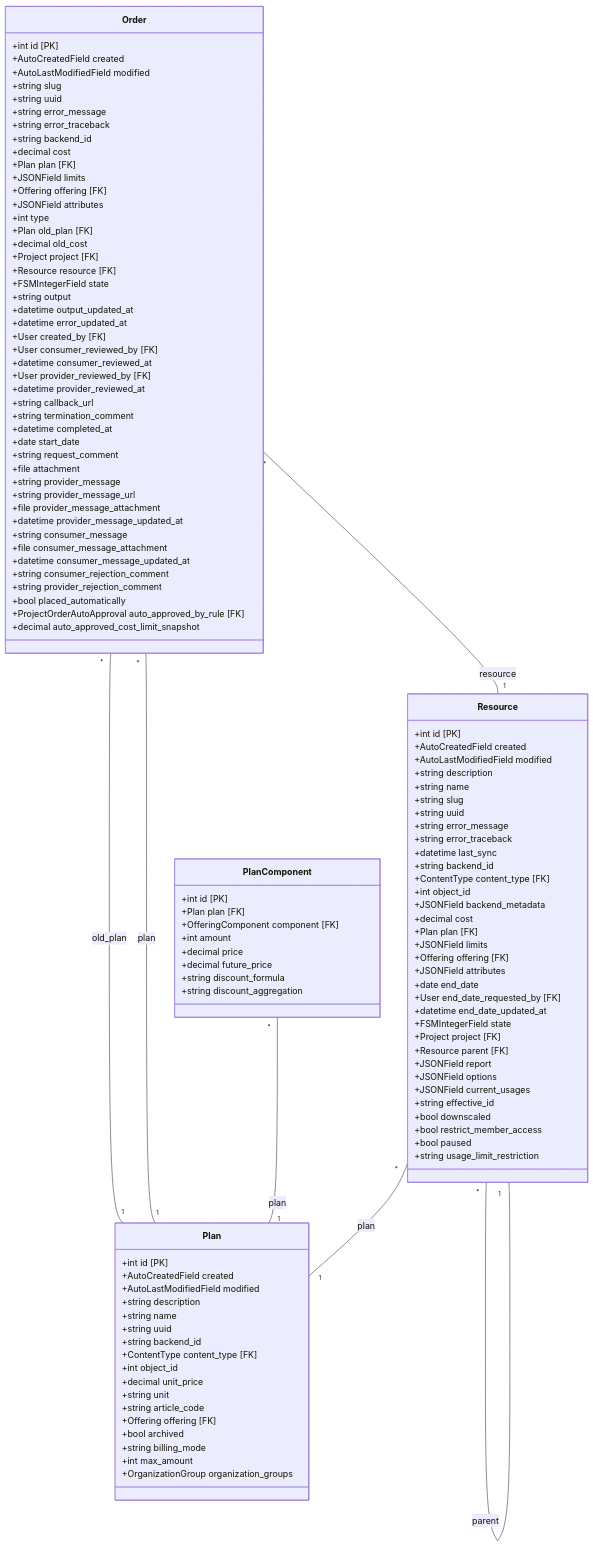
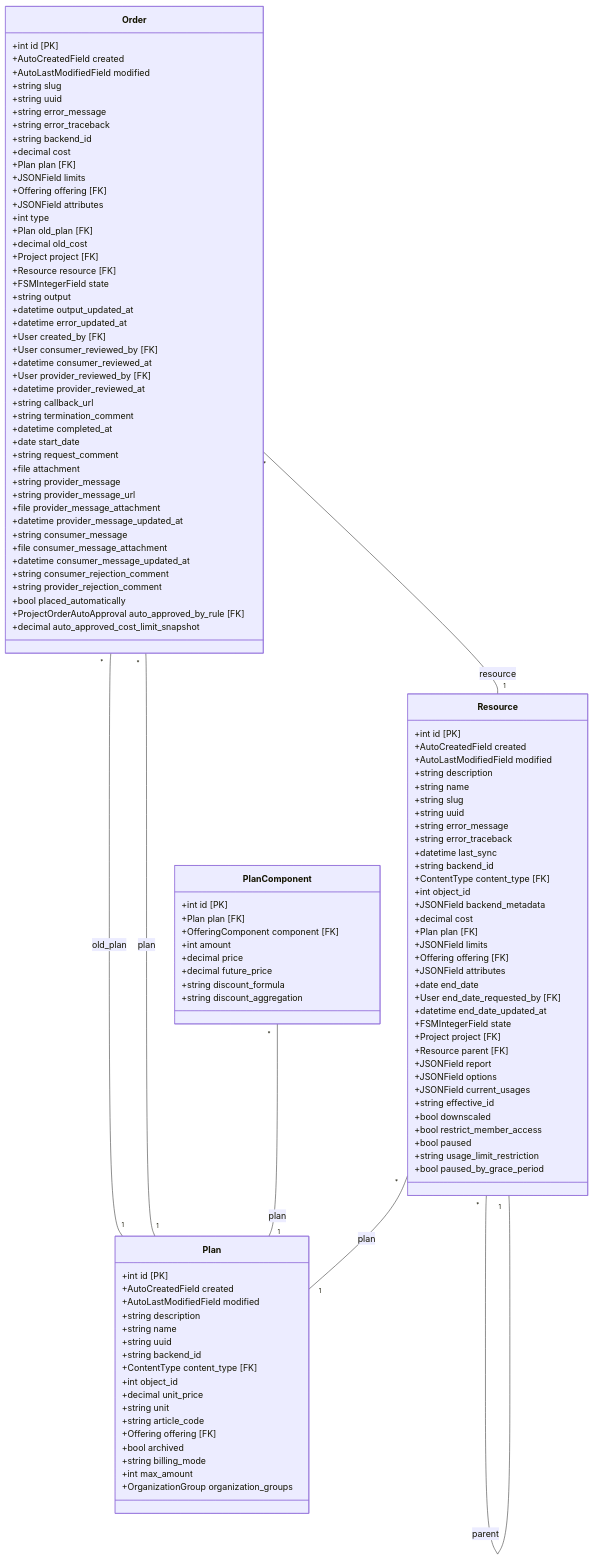
One commit to waldur/waldur-docs changed the diagram in docs/developer-guide/marketplace_provision.mmd. Above: the diagram before and after it, drawn with Mermaid. The commit also changed 45 other files, not shown here.

```diff
--- a/docs/developer-guide/marketplace_provision.mmd
+++ b/docs/developer-guide/marketplace_provision.mmd
@@ -1,119 +1,120 @@
 classDiagram
     direction TB
     class Plan {
         +int id [PK]
         +AutoCreatedField created
         +AutoLastModifiedField modified
         +string description
         +string name
         +string uuid
         +string backend_id
         +ContentType content_type [FK]
         +int object_id
         +decimal unit_price
         +string unit
         +string article_code
         +Offering offering [FK]
         +bool archived
         +string billing_mode
         +int max_amount
         +OrganizationGroup organization_groups
     }
     class PlanComponent {
         +int id [PK]
         +Plan plan [FK]
         +OfferingComponent component [FK]
         +int amount
         +decimal price
         +decimal future_price
         +string discount_formula
         +string discount_aggregation
     }
     class Resource {
         +int id [PK]
         +AutoCreatedField created
         +AutoLastModifiedField modified
         +string description
         +string name
         +string slug
         +string uuid
         +string error_message
         +string error_traceback
         +datetime last_sync
         +string backend_id
         +ContentType content_type [FK]
         +int object_id
         +JSONField backend_metadata
         +decimal cost
         +Plan plan [FK]
         +JSONField limits
         +Offering offering [FK]
         +JSONField attributes
         +date end_date
         +User end_date_requested_by [FK]
         +datetime end_date_updated_at
         +FSMIntegerField state
         +Project project [FK]
         +Resource parent [FK]
         +JSONField report
         +JSONField options
         +JSONField current_usages
         +string effective_id
         +bool downscaled
         +bool restrict_member_access
         +bool paused
         +string usage_limit_restriction
+        +bool paused_by_grace_period
     }
     class Order {
         +int id [PK]
         +AutoCreatedField created
         +AutoLastModifiedField modified
         +string slug
         +string uuid
         +string error_message
         +string error_traceback
         +string backend_id
         +decimal cost
         +Plan plan [FK]
         +JSONField limits
         +Offering offering [FK]
         +JSONField attributes
         +int type
         +Plan old_plan [FK]
         +decimal old_cost
         +Project project [FK]
         +Resource resource [FK]
         +FSMIntegerField state
         +string output
         +datetime output_updated_at
         +datetime error_updated_at
         +User created_by [FK]
         +User consumer_reviewed_by [FK]
         +datetime consumer_reviewed_at
         +User provider_reviewed_by [FK]
         +datetime provider_reviewed_at
         +string callback_url
         +string termination_comment
         +datetime completed_at
         +date start_date
         +string request_comment
         +file attachment
         +string provider_message
         +string provider_message_url
         +file provider_message_attachment
         +datetime provider_message_updated_at
         +string consumer_message
         +file consumer_message_attachment
         +datetime consumer_message_updated_at
         +string consumer_rejection_comment
         +string provider_rejection_comment
         +bool placed_automatically
         +ProjectOrderAutoApproval auto_approved_by_rule [FK]
         +decimal auto_approved_cost_limit_snapshot
     }
     Order "*" -- "1" Plan : old_plan
     Order "*" -- "1" Plan : plan
     Order "*" -- "1" Resource : resource
     PlanComponent "*" -- "1" Plan : plan
     Resource "*" -- "1" Plan : plan
     Resource "*" -- "1" Resource : parent
```
